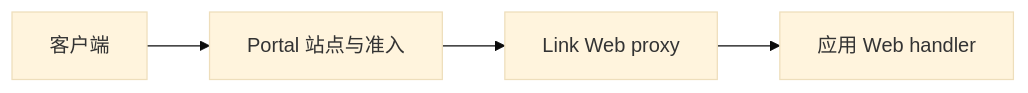
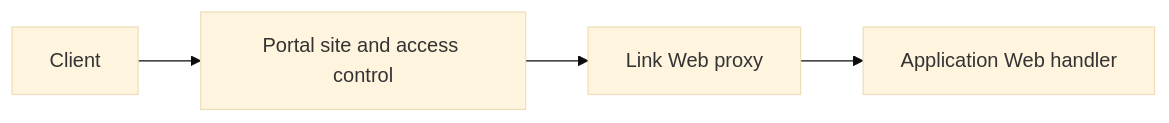
One commit to yorun-ai/vine-site changed the diagram in docs/framework/web.md. Above: the diagram before and after it, drawn with Mermaid (base theme). The commit also changed other lines of this file and 107 other files, not shown here.

````diff
--- a/docs/framework/web.md
+++ b/docs/framework/web.md
@@ -51,4 +51,4 @@
 ```mermaid
 flowchart LR
-  Client["客户端"] --> Portal["Portal 站点与准入"] --> Link["Link Web proxy"] --> Handler["应用 Web handler"]
+  Client["Client"] --> Portal["Portal site and access control"] --> Link["Link Web proxy"] --> Handler["Application Web handler"]
 ```
````
